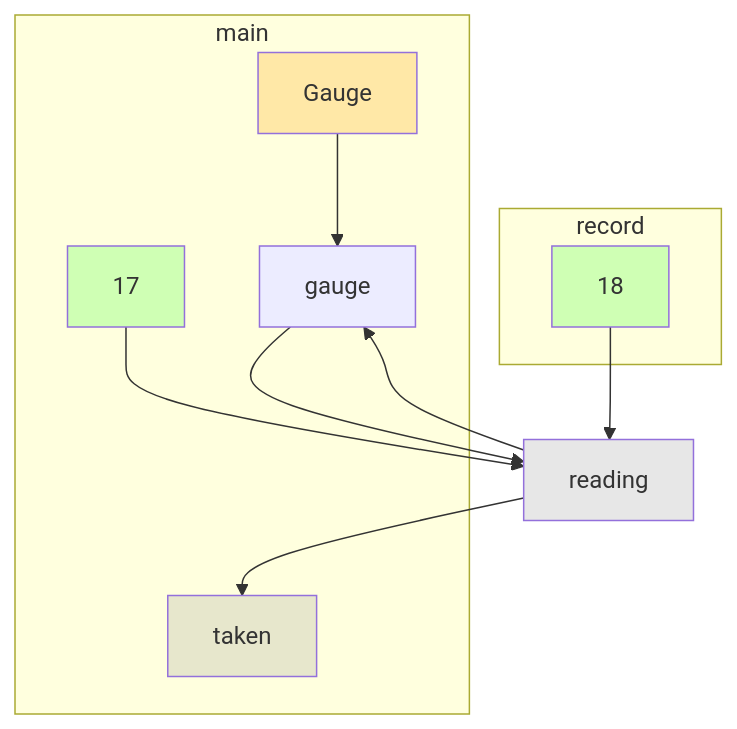
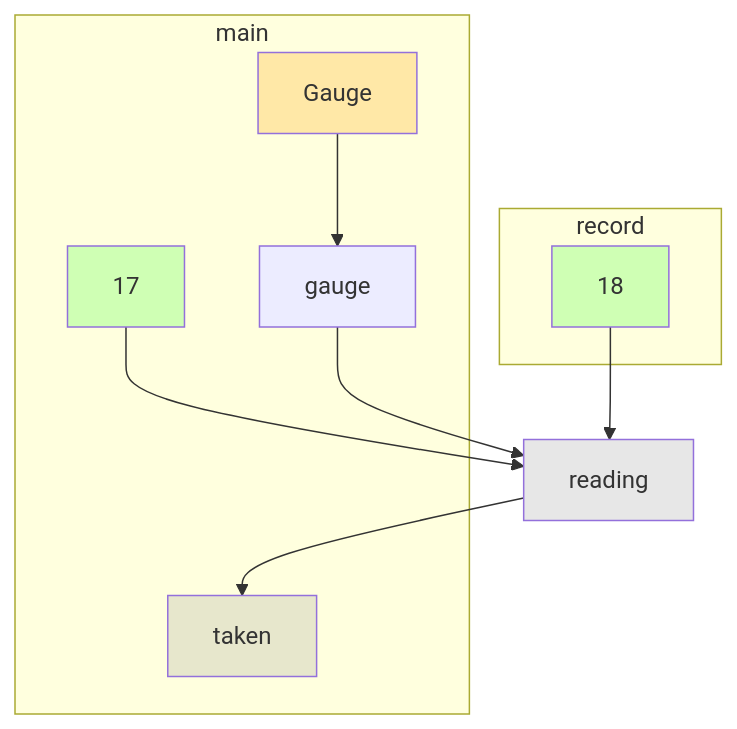
The diagram in app/src/test/resources/deepField/spike-truth.md (gstiebler/codeflow), drawn with Mermaid before and after one commit. The commit also changed 46 other files, not shown here.

````diff
--- a/app/src/test/resources/deepField/spike-truth.md
+++ b/app/src/test/resources/deepField/spike-truth.md
@@ -3,26 +3,25 @@
 ```mermaid
 flowchart TD
   subgraph m0["main"]
     n0["Gauge"]:::EXTERNAL
     n1["17"]:::LITERAL
     n2["gauge"]:::OBJ_VARIABLE
     n3["taken"]:::VARIABLE
   end
   subgraph m1["record"]
     n4["18"]:::LITERAL
   end
   n5["reading"]:::VARIABLE
   n0 --> n2
   n1 --> n5
   n2 --> n5
   n4 --> n5
-  n5 --> n2
   n5 --> n3
   classDef LITERAL fill:#00FF0030
   classDef VARIABLE fill:#80808030
   classDef BIN_OP fill:#80808080
   classDef FUNC_PARAM fill:#8080FF30
   classDef RETURN fill:#FF808080
   classDef EXTERNAL fill:#FFA50040
   classDef UNMODELLED fill:#FF000030,stroke-dasharray: 4 2
 ```
````
